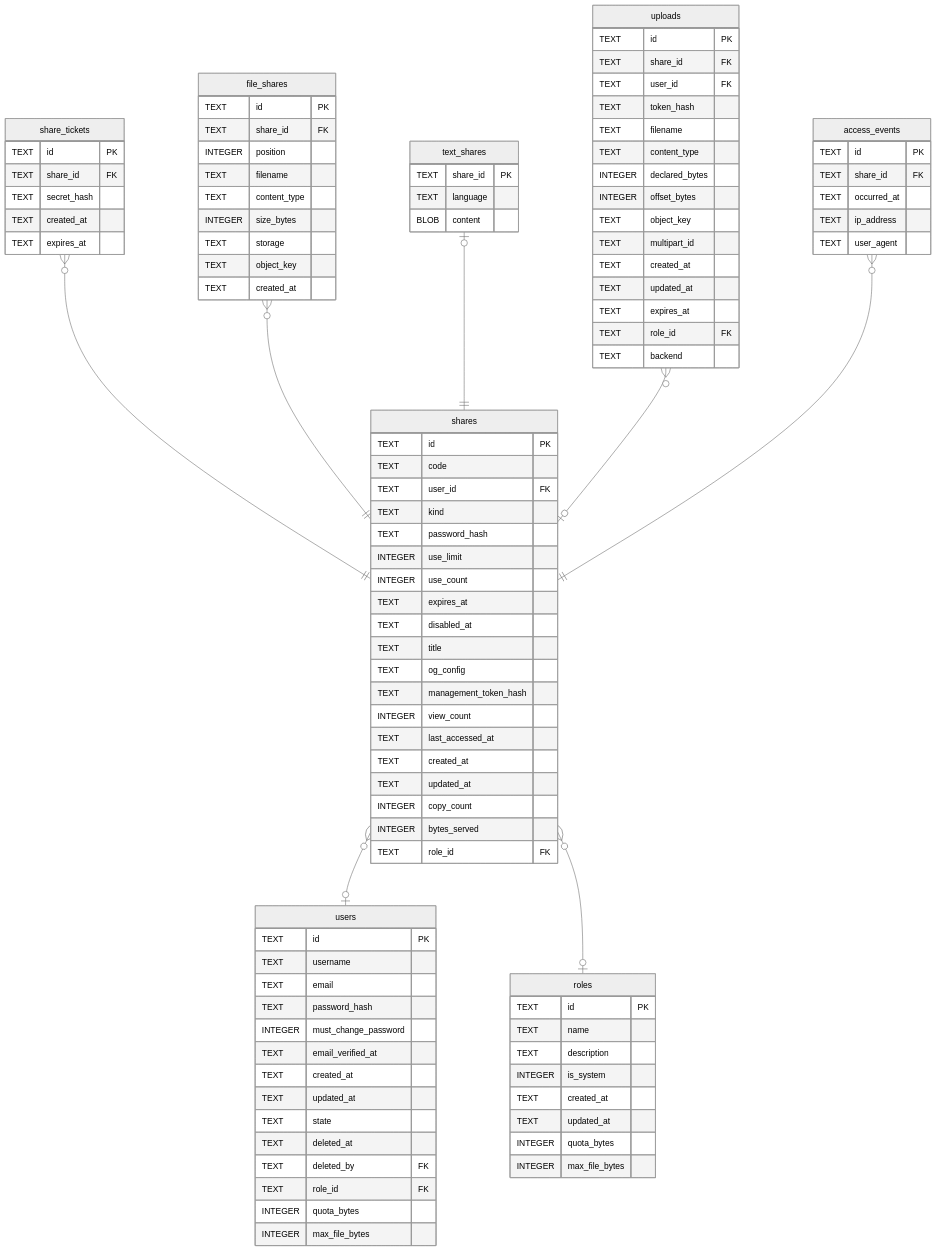
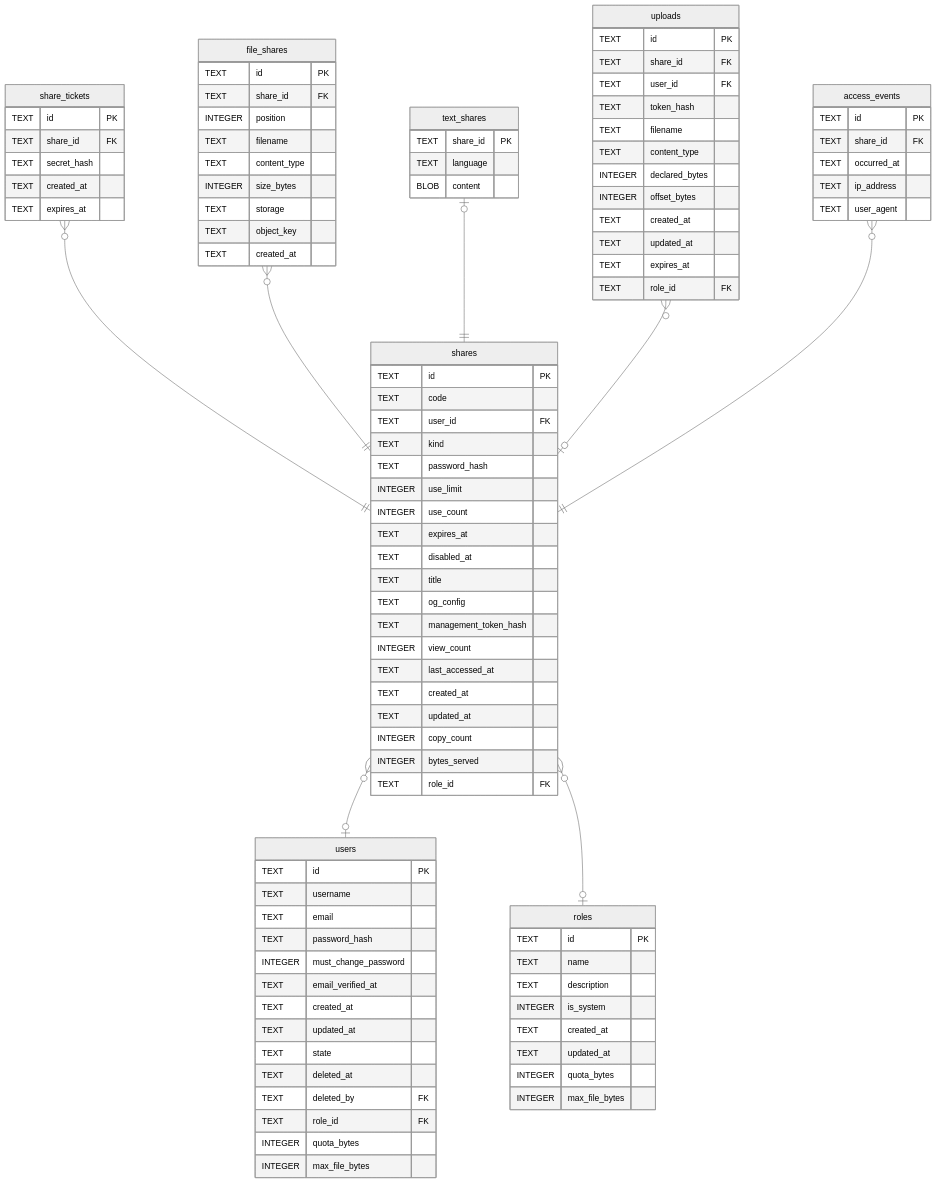
Before and after one commit to Limatura/tessera: the diagram in docs/schema/shares.md, drawn with Mermaid (neutral theme). The commit also changed 19 other files, not shown here.

```diff
--- a/docs/schema/shares.md
+++ b/docs/schema/shares.md
@@ -159,13 +159,10 @@
   TEXT content_type
   INTEGER declared_bytes
   INTEGER offset_bytes
-  TEXT object_key
-  TEXT multipart_id
   TEXT created_at
   TEXT updated_at
   TEXT expires_at
   TEXT role_id FK
-  TEXT backend
 }
 "access_events" {
   TEXT id PK
```
